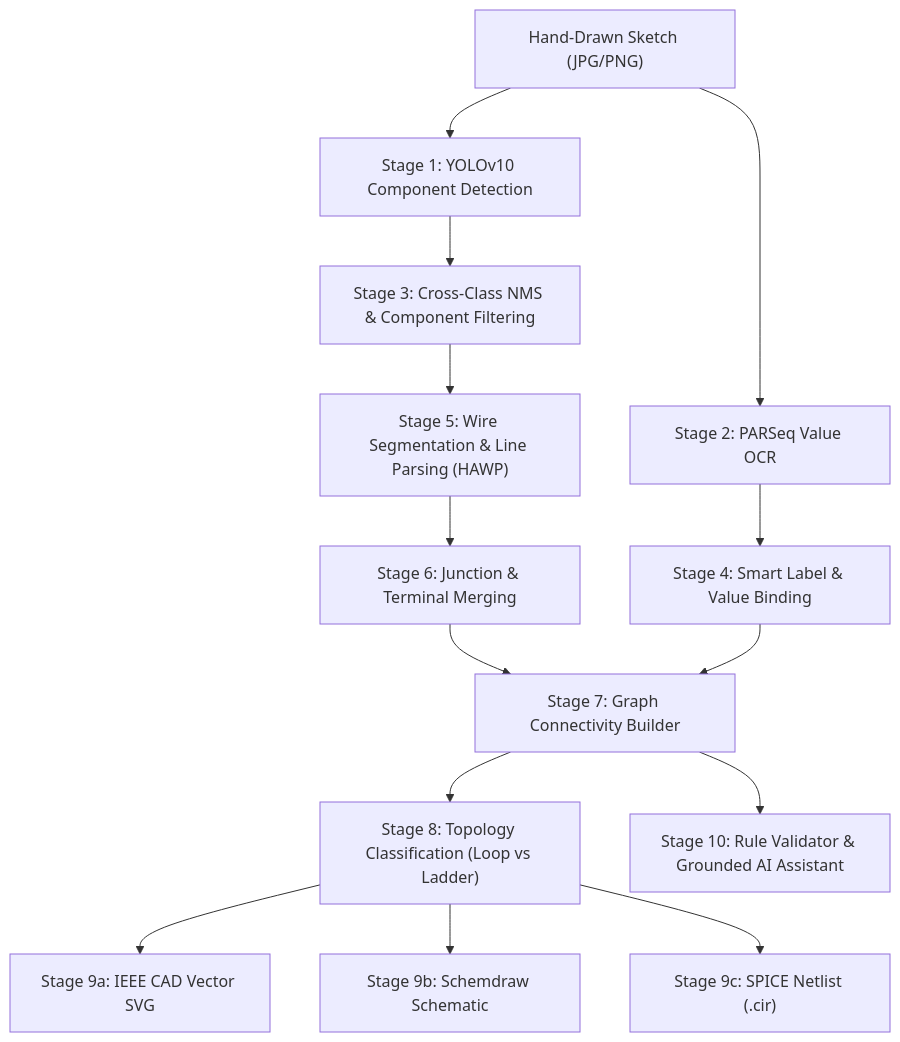
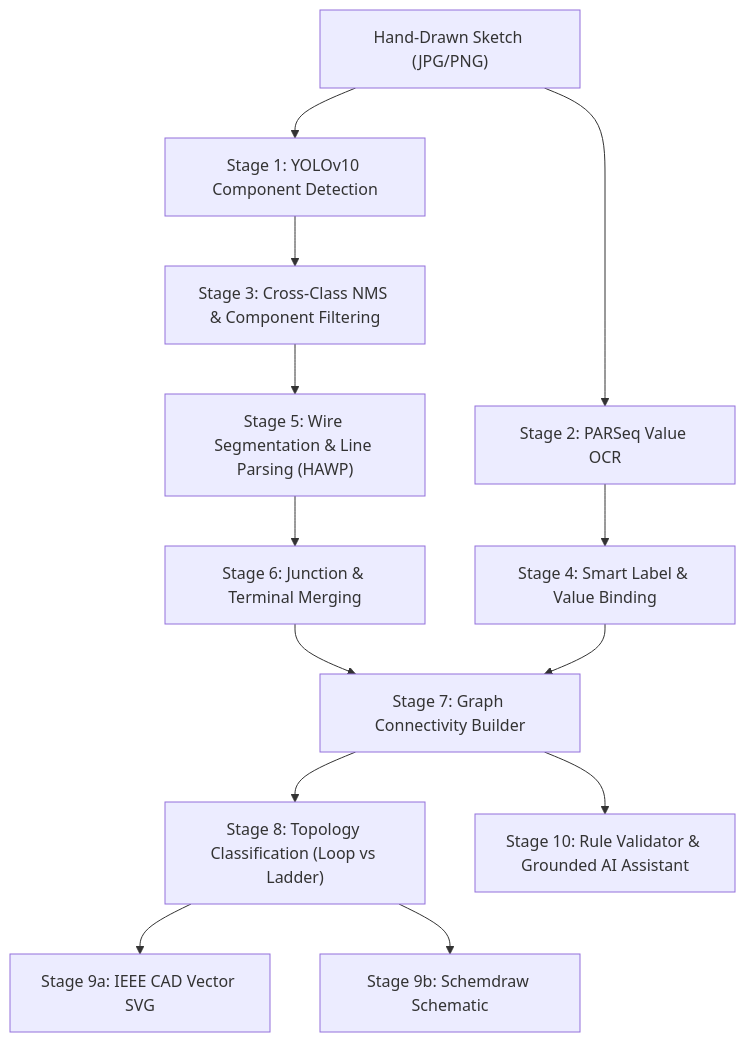
Before and after one commit to manasahk28/PaperToCAD_LLM_CV: the diagram in README.md, drawn with Mermaid. The commit also changed other lines of this file and 17 other files, not shown here.

````diff
--- a/README.md
+++ b/README.md
@@ -302,16 +297,15 @@
 ```mermaid
 graph TD
     A["Hand-Drawn Sketch (JPG/PNG)"] --> B["Stage 1: YOLOv10 Component Detection"]
     A --> C["Stage 2: PARSeq Value OCR"]
     B --> D["Stage 3: Cross-Class NMS & Component Filtering"]
     C --> E["Stage 4: Smart Label & Value Binding"]
     D --> F["Stage 5: Wire Segmentation & Line Parsing (HAWP)"]
     F --> G["Stage 6: Junction & Terminal Merging"]
     G --> H["Stage 7: Graph Connectivity Builder"]
     E --> H
     H --> I["Stage 8: Topology Classification (Loop vs Ladder)"]
     I --> J["Stage 9a: IEEE CAD Vector SVG"]
     I --> K["Stage 9b: Schemdraw Schematic"]
-    I --> L["Stage 9c: SPICE Netlist (.cir)"]
     H --> M["Stage 10: Rule Validator & Grounded AI Assistant"]
 ```
````
